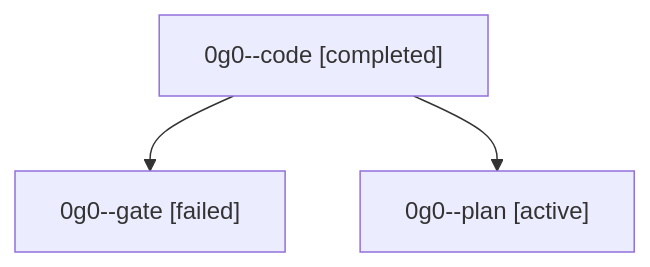
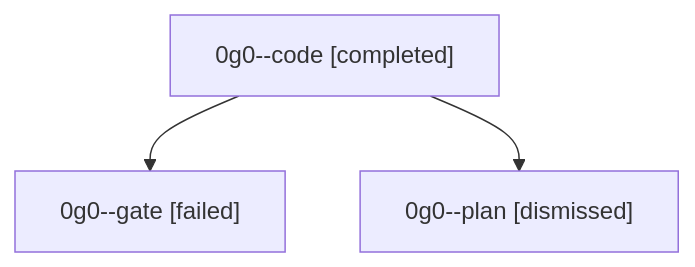
Before and after one commit to sase-org/sase--agents: the diagram in sessions/bbugyi200.athena.0g0.md, drawn with Mermaid. The commit also changed other lines of this file and 37 other files, not shown here.

````diff
--- a/sessions/bbugyi200.athena.0g0.md
+++ b/sessions/bbugyi200.athena.0g0.md
@@ -9,8 +9,8 @@
 ```mermaid
 flowchart TD
   n0["0g0--code [completed]"]
   n1["0g0--gate [failed]"]
   n0 --> n1
-  n2["0g0--plan [active]"]
+  n2["0g0--plan [dismissed]"]
   n0 --> n2
 ```
````
